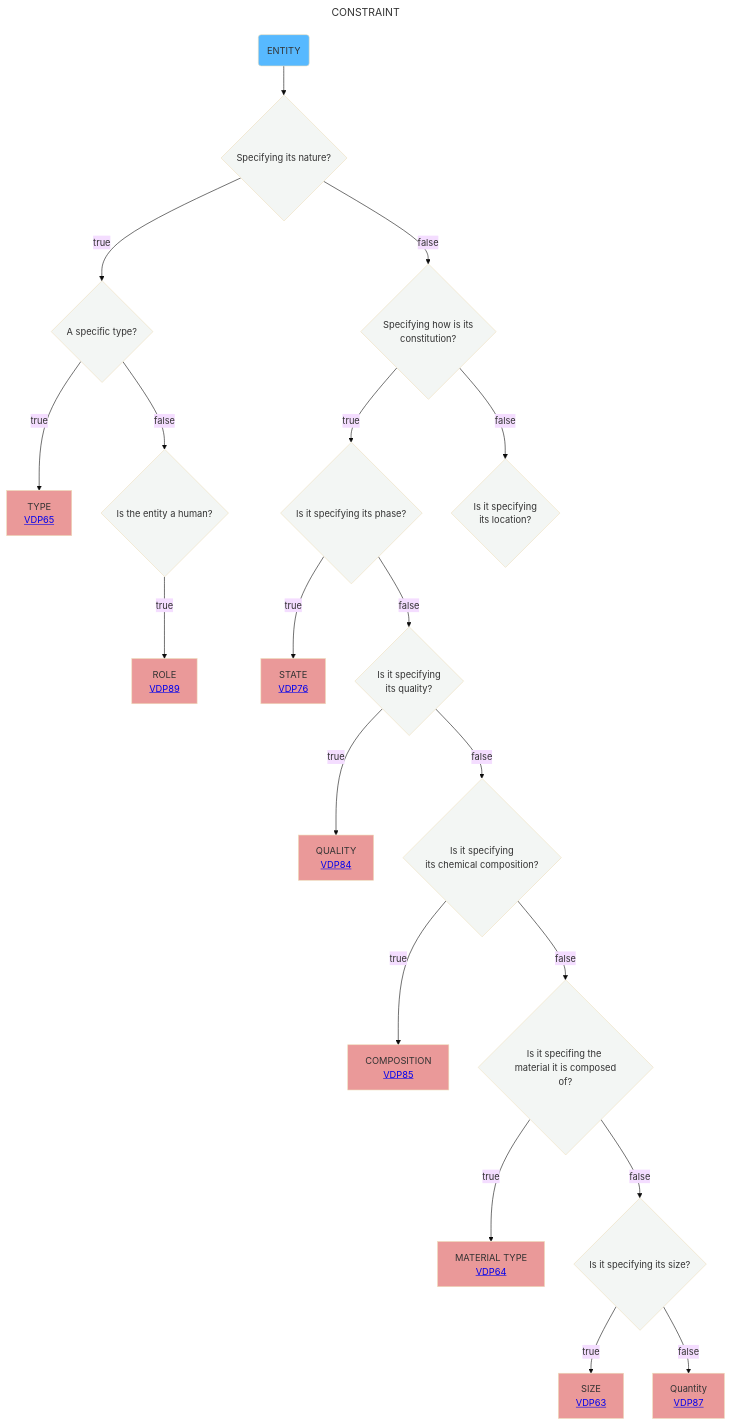
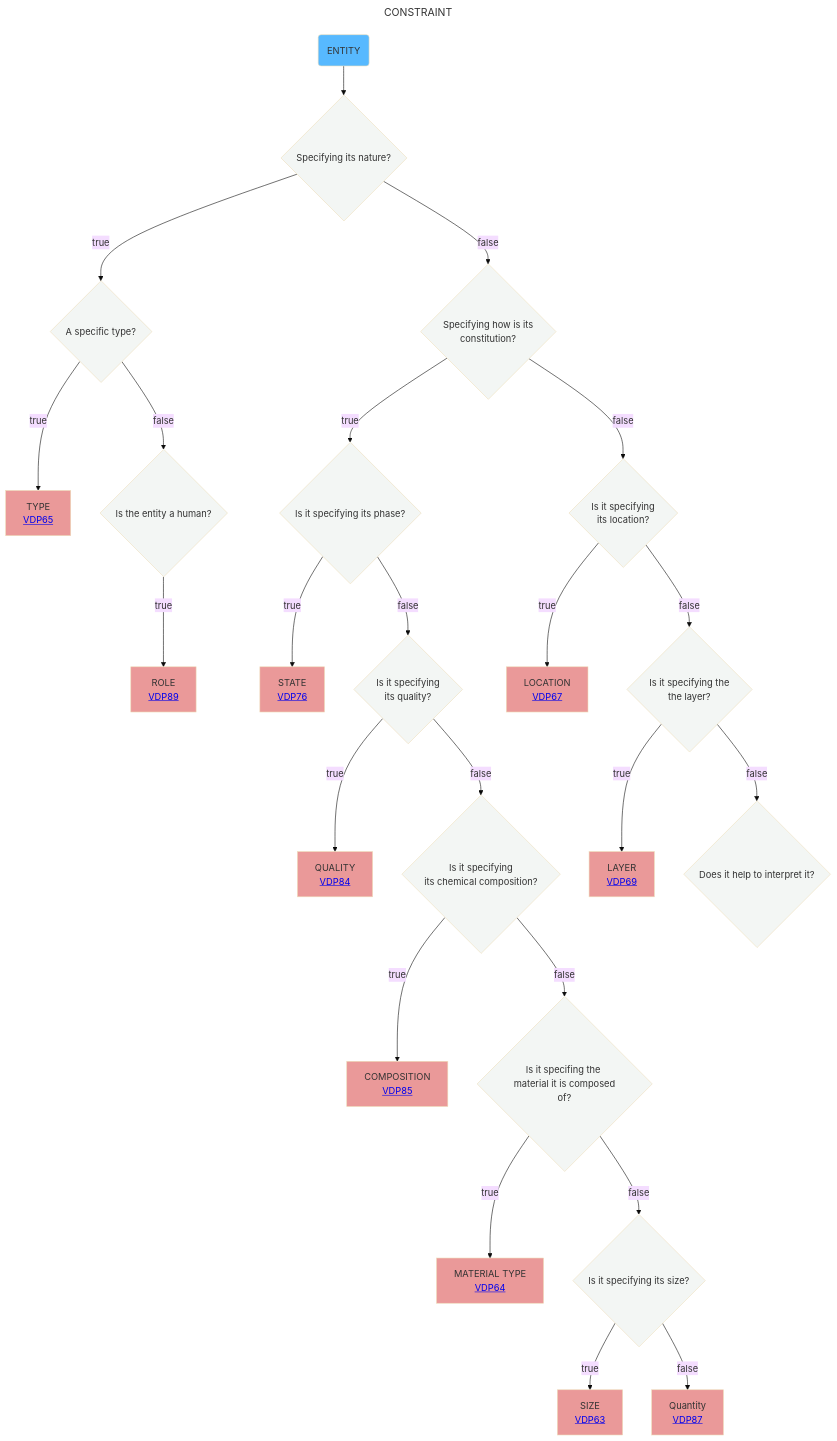
One commit to mabablue/I-ADOPT-patterns-playground changed the diagram in Decisition_trees/DT8.mmd. Above: the diagram before and after it, drawn with Mermaid (base theme).

```diff
--- a/Decisition_trees/DT8.mmd
+++ b/Decisition_trees/DT8.mmd
@@ -1,28 +1,32 @@
 ---
 title: CONSTRAINT
 ---
 flowchart TD
     A(ENTITY):::satblue  --> AB{Specifying its nature?}:::white
     AB --> |true|B{A specific type?}:::white
     AB --> |false|E{Specifying how is its <br> constitution?}:::white
     B --> |true|C[TYPE <br> <a href='https://github.com/mabablue/I-ADOPT-patterns-playground/blob/main/pattern/VDP65.yaml'>VDP65</a>]:::rose
     B --> |false|D{Is the entity a human?}:::white
     D --> |true|F[ROLE <br> <a href='https://github.com/mabablue/I-ADOPT-patterns-playground/blob/main/pattern/VDP89.yaml'>VDP89</a>]:::rose
     E --> |true|G{Is it specifying its phase?}:::white
     E --> |false|R{Is it specifying <br> its location?}:::white
     G --> |true|H[STATE <br> <a href='https://github.com/mabablue/I-ADOPT-patterns-playground/blob/main/pattern/VDP76.yaml'>VDP76</a>]:::rose
     G --> |false|I{Is it specifying <br> its quality?}:::white
     I --> |true|K[QUALITY <br> <a href='https://github.com/mabablue/I-ADOPT-patterns-playground/blob/main/pattern/VDP84.yaml'>VDP84</a>]:::rose
     I --> |false|L{Is it specifying <br> its chemical composition?}:::white
     L --> |true|M[COMPOSITION <br> <a href='https://github.com/mabablue/I-ADOPT-patterns-playground/blob/main/pattern/VDP85.yaml'>VDP85</a>]:::rose
     L --> |false|N{Is it specifing the <br> material it is composed of?}:::white
     N --> |true|O[MATERIAL TYPE <br> <a href='https://github.com/mabablue/I-ADOPT-patterns-playground/blob/main/pattern/VDP64.yaml'>VDP64</a>]:::rose
     N --> |false|P{Is it specifying its size?}:::white
     P --> |true|Q[SIZE <br> <a href='https://github.com/mabablue/I-ADOPT-patterns-playground/blob/main/pattern/VDP63.yaml'>VDP63</a>]:::rose
-    P --> |false|QR[Quantity <br> <a href='https://github.com/mabablue/I-ADOPT-patterns-playground/blob/main/pattern/VDP87.yaml'>VDP87</a>]:::rose
+    P --> |false|QR[Quantity <br> <a href='https://github.com/mabablue/I-ADOPT-patterns-playground/blob/main/pattern/VDP87.yaml'>VDP87</a>]:::rose 
+    R --> |true|S[LOCATION <br> <a href='https://github.com/mabablue/I-ADOPT-patterns-playground/blob/main/pattern/VDP67.yaml'>VDP67</a>]:::rose 
+    R --> |false|T{Is it specifying the <br> the layer?}:::white
+    T --> |true|U[LAYER <br> <a href='https://github.com/mabablue/I-ADOPT-patterns-playground/blob/main/pattern/VDP69.yaml'>VDP69</a>]:::rose
+    T --> |false|V{Does it help to interpret it?}:::white
    
    classDef blue fill:#90D5FF
    classDef satblue fill:#57B9FF 
    classDef white fill:#f3f6f4
    classDef green fill:#6aa84f
    classDef rose fill:#ea9999
```
